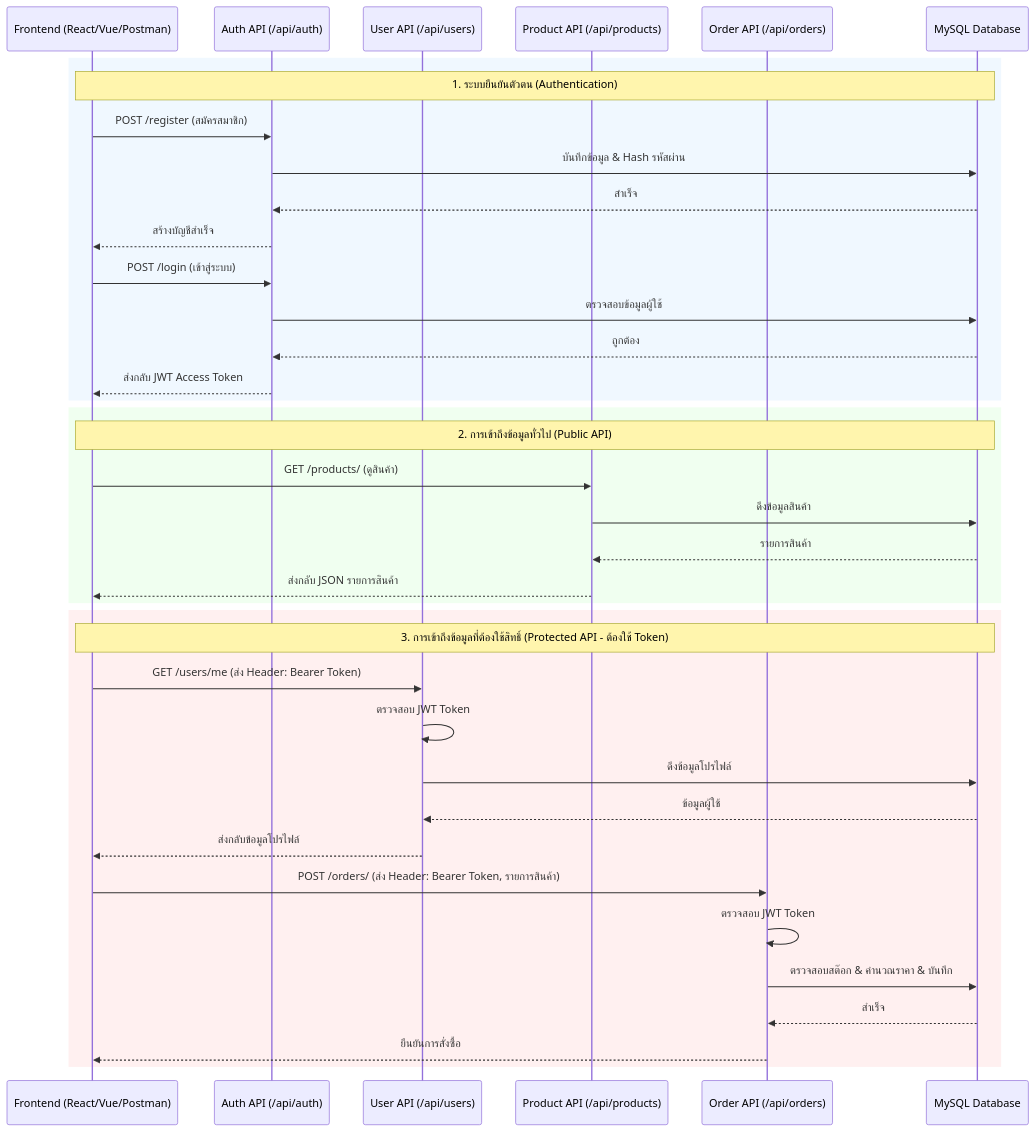
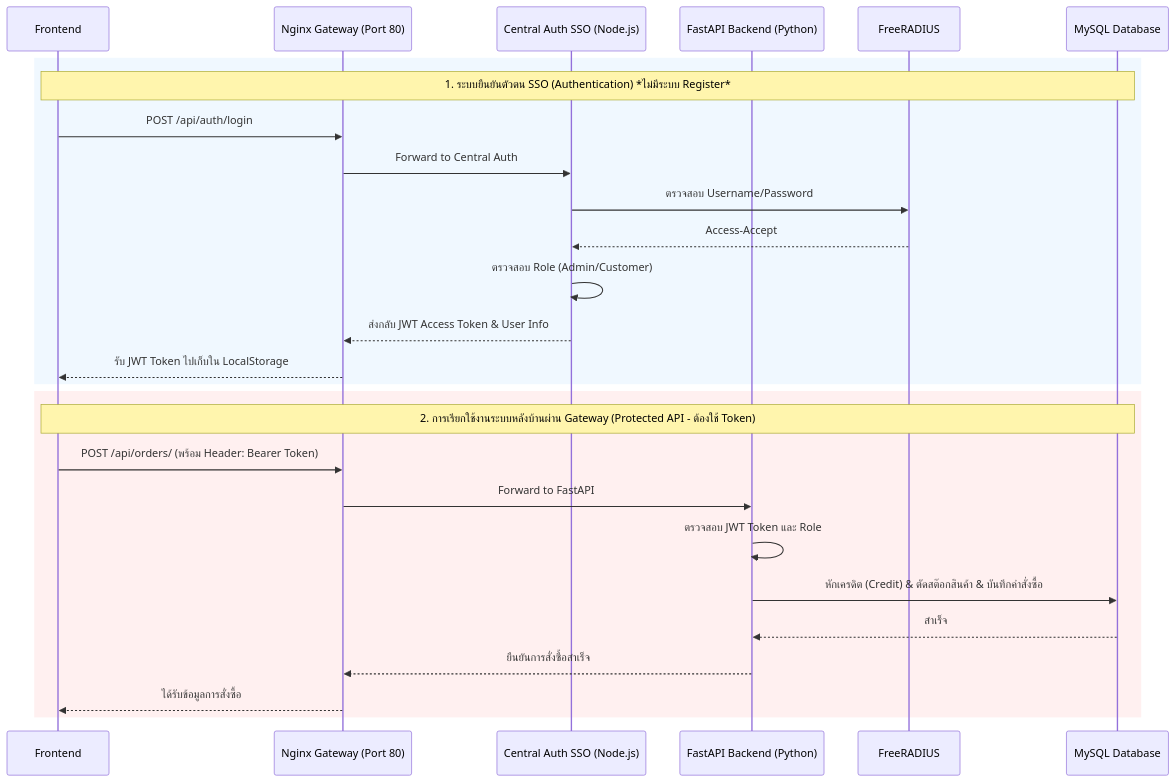
The diagram in sso-project-lab/backend-python/BACKEND_PLAN.md (MIDTION/E-Commert_LAB6), drawn with Mermaid before and after one commit. The commit also changed other lines of this file and 1 other file, not shown here.

Commit message:
docs: add implementation plans for backend and frontend services

````diff
--- a/sso-project-lab/backend-python/BACKEND_PLAN.md
+++ b/sso-project-lab/backend-python/BACKEND_PLAN.md
@@ -41,48 +43,33 @@
 ```mermaid
 sequenceDiagram
-    participant Client as Frontend (React/Vue/Postman)
-    participant Auth as Auth API (/api/auth)
-    participant User as User API (/api/users)
-    participant Product as Product API (/api/products)
-    participant Order as Order API (/api/orders)
+    participant Client as Frontend
+    participant Nginx as Nginx Gateway (Port 80)
+    participant Auth as Central Auth SSO (Node.js)
+    participant Backend as FastAPI Backend (Python)
+    participant Radius as FreeRADIUS
     participant DB as MySQL Database
 
-    %% Authentication Flow
+    %% Authentication Flow (SSO)
     rect rgb(240, 248, 255)
-    Note over Client, DB: 1. ระบบยืนยันตัวตน (Authentication)
-    Client->>Auth: POST /register (สมัครสมาชิก)
-    Auth->>DB: บันทึกข้อมูล & Hash รหัสผ่าน
-    DB-->>Auth: สำเร็จ
-    Auth-->>Client: สร้างบัญชีสำเร็จ
-
-    Client->>Auth: POST /login (เข้าสู่ระบบ)
-    Auth->>DB: ตรวจสอบข้อมูลผู้ใช้
-    DB-->>Auth: ถูกต้อง
-    Auth-->>Client: ส่งกลับ JWT Access Token
-    end
-
-    %% Public Data
-    rect rgb(240, 255, 240)
-    Note over Client, DB: 2. การเข้าถึงข้อมูลทั่วไป (Public API)
-    Client->>Product: GET /products/ (ดูสินค้า)
-    Product->>DB: ดึงข้อมูลสินค้า
-    DB-->>Product: รายการสินค้า
-    Product-->>Client: ส่งกลับ JSON รายการสินค้า
+    Note over Client, DB: 1. ระบบยืนยันตัวตน SSO (Authentication) *ไม่มีระบบ Register*
+    Client->>Nginx: POST /api/auth/login
+    Nginx->>Auth: Forward to Central Auth
+    Auth->>Radius: ตรวจสอบ Username/Password
+    Radius-->>Auth: Access-Accept
+    Auth->>Auth: ตรวจสอบ Role (Admin/Customer)
+    Auth-->>Nginx: ส่งกลับ JWT Access Token & User Info
+    Nginx-->>Client: รับ JWT Token ไปเก็บใน LocalStorage
     end
 
     %% Protected Data
     rect rgb(255, 240, 240)
-    Note over Client, DB: 3. การเข้าถึงข้อมูลที่ต้องใช้สิทธิ์ (Protected API - ต้องใช้ Token)
-    Client->>User: GET /users/me (ส่ง Header: Bearer Token)
-    User->>User: ตรวจสอบ JWT Token
-    User->>DB: ดึงข้อมูลโปรไฟล์
-    DB-->>User: ข้อมูลผู้ใช้
-    User-->>Client: ส่งกลับข้อมูลโปรไฟล์
-
-    Client->>Order: POST /orders/ (ส่ง Header: Bearer Token, รายการสินค้า)
-    Order->>Order: ตรวจสอบ JWT Token
-    Order->>DB: ตรวจสอบสต๊อก & คำนวณราคา & บันทึก
-    DB-->>Order: สำเร็จ
-    Order-->>Client: ยืนยันการสั่งซื้อ
+    Note over Client, DB: 2. การเรียกใช้งานระบบหลังบ้านผ่าน Gateway (Protected API - ต้องใช้ Token)
+    Client->>Nginx: POST /api/orders/ (พร้อม Header: Bearer Token)
+    Nginx->>Backend: Forward to FastAPI
+    Backend->>Backend: ตรวจสอบ JWT Token และ Role
+    Backend->>DB: หักเครดิต (Credit) & ตัดสต๊อกสินค้า & บันทึกคำสั่งซื้อ
+    DB-->>Backend: สำเร็จ
+    Backend-->>Nginx: ยืนยันการสั่งซื้อสำเร็จ
+    Nginx-->>Client: ได้รับข้อมูลการสั่งซื้อ
     end
 ```
````
